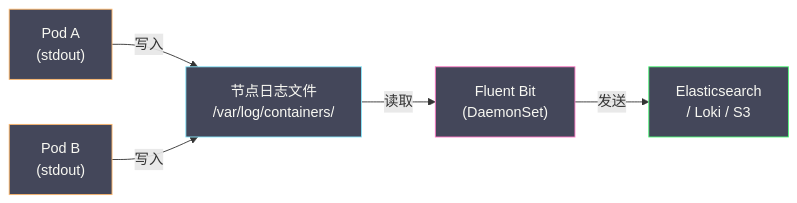
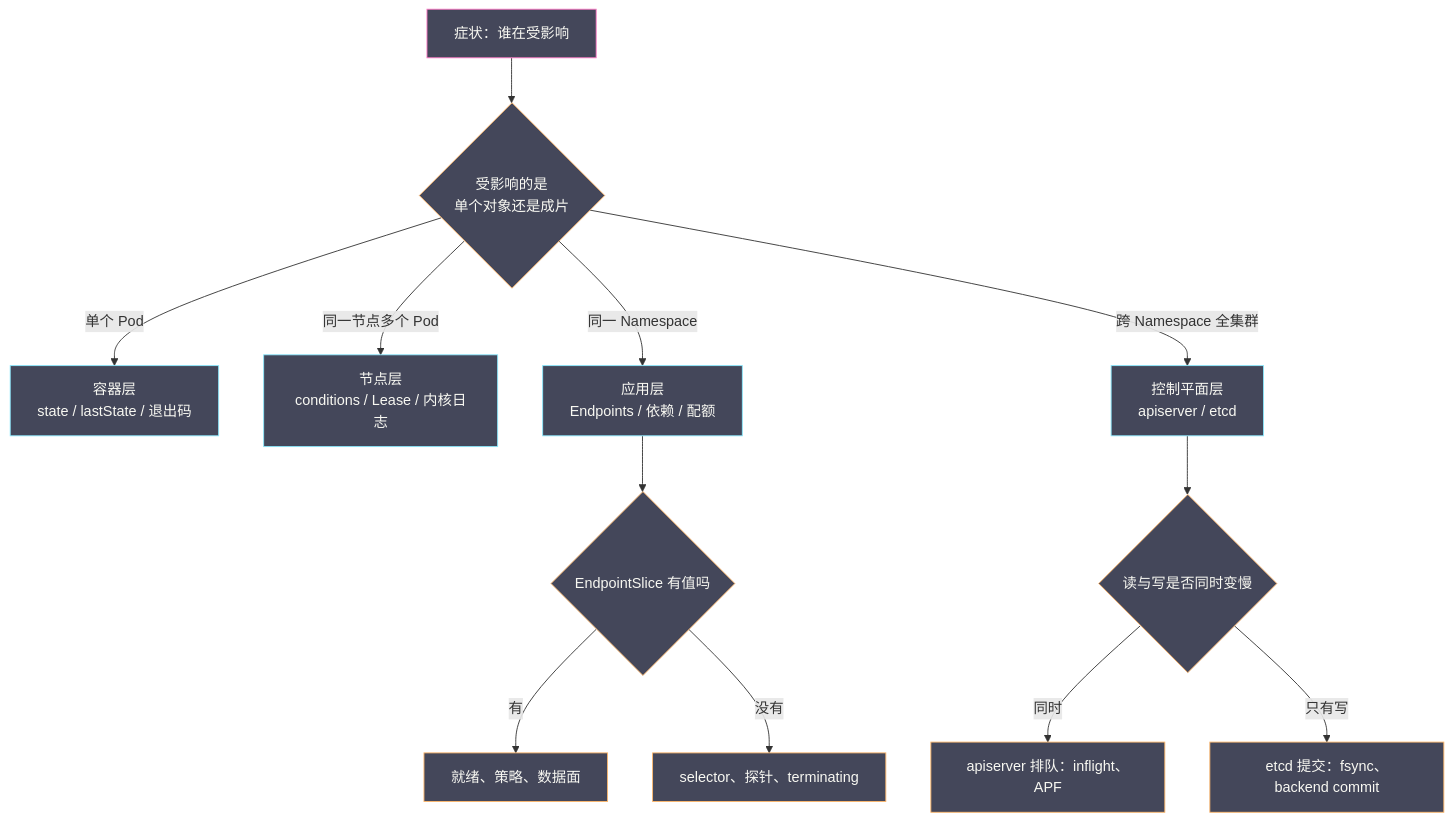
Before and after one commit to hpliStartAgain/my-brain: the first of 5 diagrams in content/云原生/Kubernetes/kubernetes生产实践与集群管理/04 集群可观测性与故障排查.md, drawn with Mermaid. The commit also changed other lines of this file and 259 other files, not shown here.

````diff
--- a/content/云原生/Kubernetes/kubernetes生产实践与集群管理/04 集群可观测性与故障排查.md
+++ b/content/云原生/Kubernetes/kubernetes生产实践与集群管理/04 集群可观测性与故障排查.md
@@ -165,18 +76,22 @@
 ```mermaid
 %%{init: {'theme': 'dracula'}}%%
-graph LR
-    P1["Pod A</br>(stdout)"] -->|"写入"| LOG["节点日志文件</br>/var/log/containers/"]
-    P2["Pod B</br>(stdout)"] -->|"写入"| LOG
-    LOG -->|"读取"| AGENT["Fluent Bit</br>(DaemonSet)"]
-    AGENT -->|"发送"| ES["Elasticsearch</br>/ Loki / S3"]
+flowchart TD
+    Q["症状：谁在受影响"] --> A{"受影响的是<br/>单个对象还是成片"}
+    A -->|"单个 Pod"| C["容器层<br/>state / lastState / 退出码"]
+    A -->|"同一节点多个 Pod"| N["节点层<br/>conditions / Lease / 内核日志"]
+    A -->|"同一 Namespace"| APP["应用层<br/>Endpoints / 依赖 / 配额"]
+    A -->|"跨 Namespace 全集群"| CP["控制平面层<br/>apiserver / etcd"]
+    APP --> Q2{"EndpointSlice 有值吗"}
+    Q2 -->|"有"| APP2["就绪、策略、数据面"]
+    Q2 -->|"没有"| APP3["selector、探针、terminating"]
+    CP --> Q3{"读与写是否同时变慢"}
+    Q3 -->|"同时"| CP1["apiserver 排队：inflight、APF"]
+    Q3 -->|"只有写"| CP2["etcd 提交：fsync、backend commit"]
 
-    classDef pod fill:#44475a,stroke:#ffb86c,color:#f8f8f2
-    classDef log fill:#44475a,stroke:#8be9fd,color:#f8f8f2
-    classDef agent fill:#44475a,stroke:#ff79c6,color:#f8f8f2
-    classDef store fill:#44475a,stroke:#50fa7b,color:#f8f8f2
-
-    class P1,P2 pod
-    class LOG log
-    class AGENT agent
-    class ES store
+    classDef start fill:#44475a,stroke:#ff79c6,color:#f8f8f2
+    classDef layer fill:#44475a,stroke:#8be9fd,color:#f8f8f2
+    classDef judge fill:#44475a,stroke:#ffb86c,color:#f8f8f2
+    class Q start
+    class C,N,APP,CP layer
+    class A,Q2,Q3,APP2,APP3,CP1,CP2 judge
 ```
````
